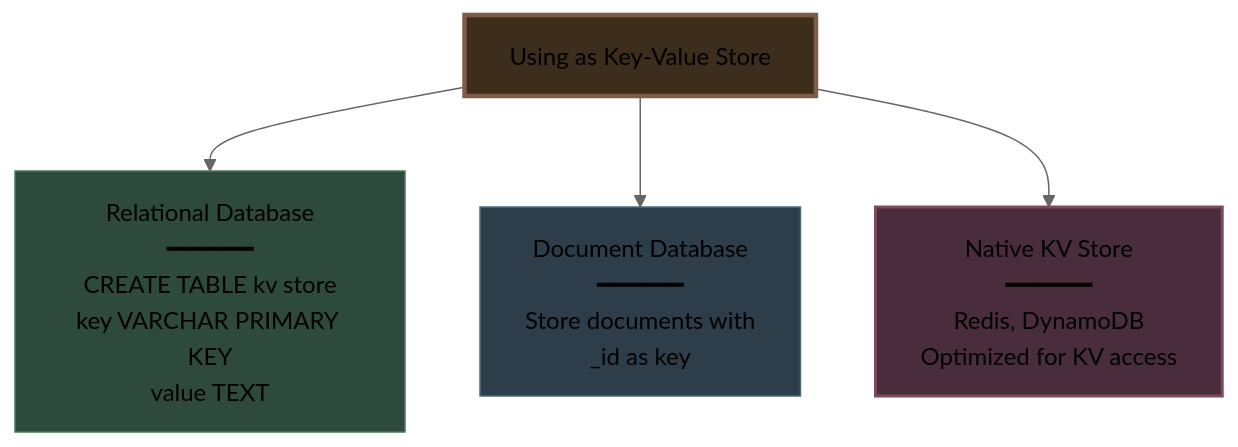
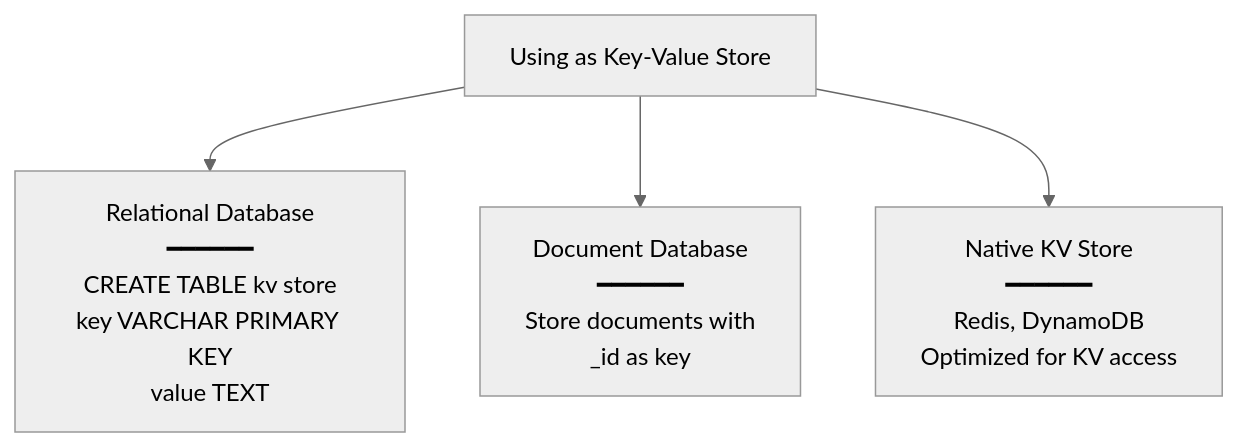
Diagram 11 of 16 in system design beginner/9. Non-Relational Databases.md (Yash-Kavaiya/The-System-Design-Masterclass), drawn with Mermaid (neutral theme) before and after one commit. The commit also changed other lines of this file, not shown here.

````diff
--- a/system design beginner/9. Non-Relational Databases.md
+++ b/system design beginner/9. Non-Relational Databases.md
@@ -535,15 +497,11 @@
 ```mermaid
 graph TB
     USE[Using as Key-Value Store]
     
     USE --> REL[Relational Database<br/>━━━━━━<br/>CREATE TABLE kv store<br/>key VARCHAR PRIMARY KEY<br/>value TEXT]
     
     USE --> DOC[Document Database<br/>━━━━━━<br/>Store documents with<br/>_id as key]
     
     USE --> NATIVE[Native KV Store<br/>━━━━━━<br/>Redis, DynamoDB<br/>Optimized for KV access]
     
-    style USE fill:#3d2d1c,stroke:#7c5d4a,stroke-width:3px
-    style REL fill:#2d4a3c,stroke:#4a7c5c
-    style DOC fill:#2d3d4a,stroke:#4a6d7c
-    style NATIVE fill:#4a2d3c,stroke:#7c4a5c,stroke-width:2px
 ```
````
